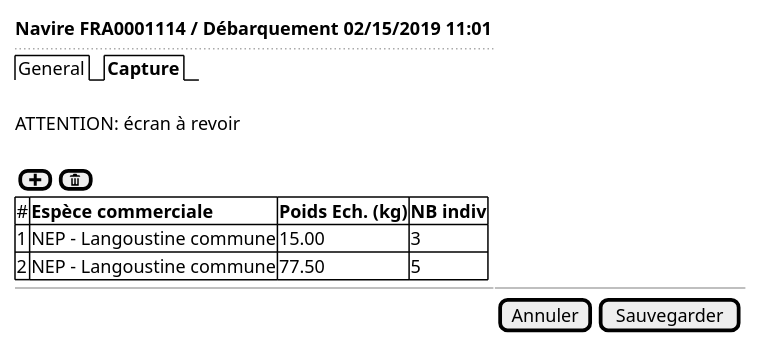
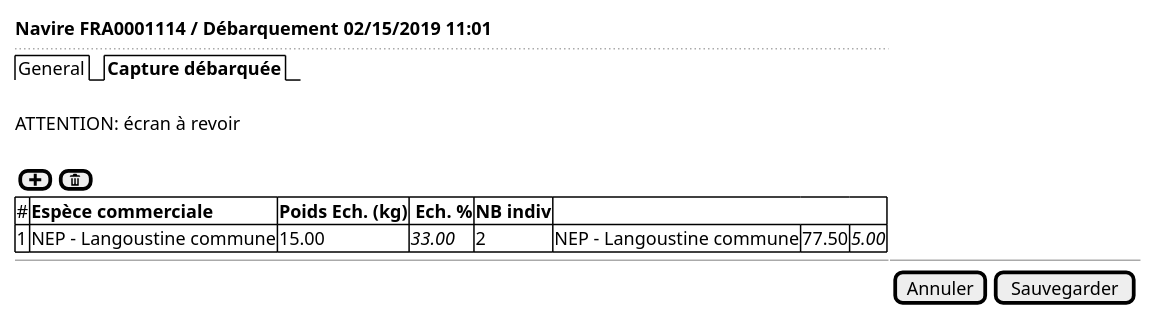
Before and after one commit to sumaris-net/sumaris-doc: the diagram in use-case/collect/landing-ui-samples.puml, drawn with PlantUML. The commit also changed 3 other files, not shown here.

Commit message:
test plantuml

```diff
--- a/use-case/collect/landing-ui-samples.puml
+++ b/use-case/collect/landing-ui-samples.puml
@@ -1,21 +1,21 @@
 @startsalt
 {
   <b>Navire FRA0001114 / Débarquement 02/15/2019 11:01
   ..
-  {/ General | <b>Capture }
+  {/ General | <b>Capture débarquée }
   .
   ATTENTION: écran à revoir
   .
   {[<&plus>]  | [<&trash>]}
 
   {#
-  # | <b>Espèce commerciale         | <b>Poids Ech. (kg)   | <b>NB indiv
-  1 | NEP - Langoustine commune     | 15.00             | 3
-  2 | NEP - Langoustine commune     | 77.50             | 5
+  # | <b>Espèce commerciale         | <b>Poids Ech. (kg)   | <b> Ech. % | <b>NB indiv
+  1 | NEP - Langoustine commune     | 15.00             | <i>33.00 |
+  2 | NEP - Langoustine commune     | 77.50             | <i>5.00 |
   }
 
   -- | --
 
   .                          | {[Annuler] | [Sauvegarder]}
 }
 @endsalt
```
